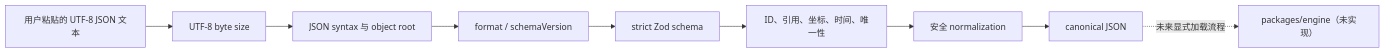
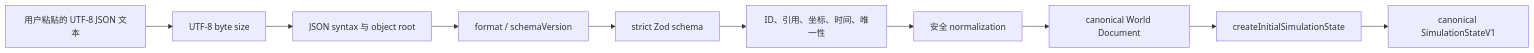
Before and after one commit to kasperyhr/axiom-garden: the third of 4 diagrams in docs/ARCHITECTURE.md, drawn with Mermaid. The commit also changed other lines of this file and 51 other files, not shown here.

Commit message:
feat: add deterministic simulation engine core

````diff
--- a/docs/ARCHITECTURE.md
+++ b/docs/ARCHITECTURE.md
@@ -87,11 +90,12 @@
 ```mermaid
 flowchart LR
   Text["用户粘贴的 UTF-8 JSON 文本"] --> Size["UTF-8 byte size"]
   Size --> Syntax["JSON syntax 与 object root"]
   Syntax --> Version["format / schemaVersion"]
   Version --> Schema["strict Zod schema"]
   Schema --> Semantic["ID、引用、坐标、时间、唯一性"]
   Semantic --> Normalize["安全 normalization"]
-  Normalize --> Canonical["canonical JSON"]
-  Canonical -. "未来显式加载流程" .-> Engine["packages/engine（未实现）"]
+  Normalize --> Canonical["canonical World Document"]
+  Canonical --> Initial["createInitialSimulationState"]
+  Initial --> State["canonical SimulationStateV1"]
 ```
````
